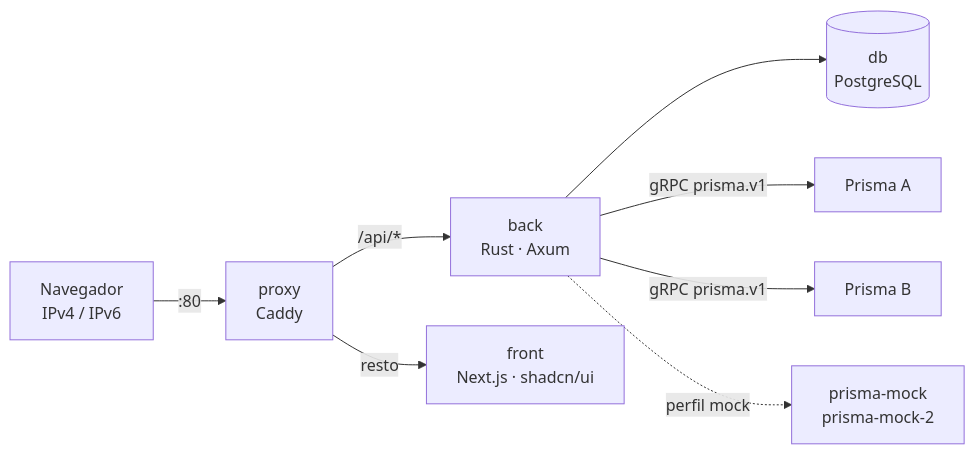
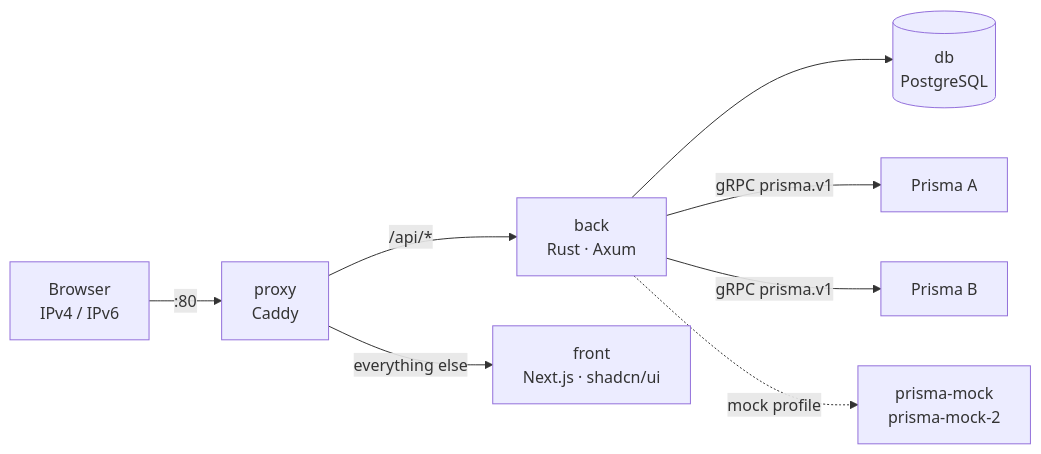
Before and after one commit to andrediashexa/prisma-web: the diagram in README.md, drawn with Mermaid. The commit also changed other lines of this file and 5 other files, not shown here.

````diff
--- a/README.md
+++ b/README.md
@@ -21,10 +22,10 @@
 ```mermaid
 flowchart LR
-    U["Navegador<br/>IPv4 / IPv6"] -->|":80"| P[proxy<br/>Caddy]
+    U["Browser<br/>IPv4 / IPv6"] -->|":80"| P[proxy<br/>Caddy]
     P -->|"/api/*"| B[back<br/>Rust · Axum]
-    P -->|"resto"| F[front<br/>Next.js · shadcn/ui]
+    P -->|"everything else"| F[front<br/>Next.js · shadcn/ui]
     B --> D[(db<br/>PostgreSQL)]
     B -->|"gRPC prisma.v1"| R1[Prisma A]
     B -->|"gRPC prisma.v1"| R2[Prisma B]
-    B -.->|"perfil mock"| M[prisma-mock<br/>prisma-mock-2]
+    B -.->|"mock profile"| M[prisma-mock<br/>prisma-mock-2]
 ```
````
